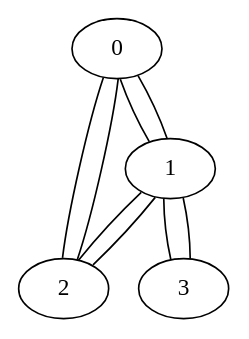
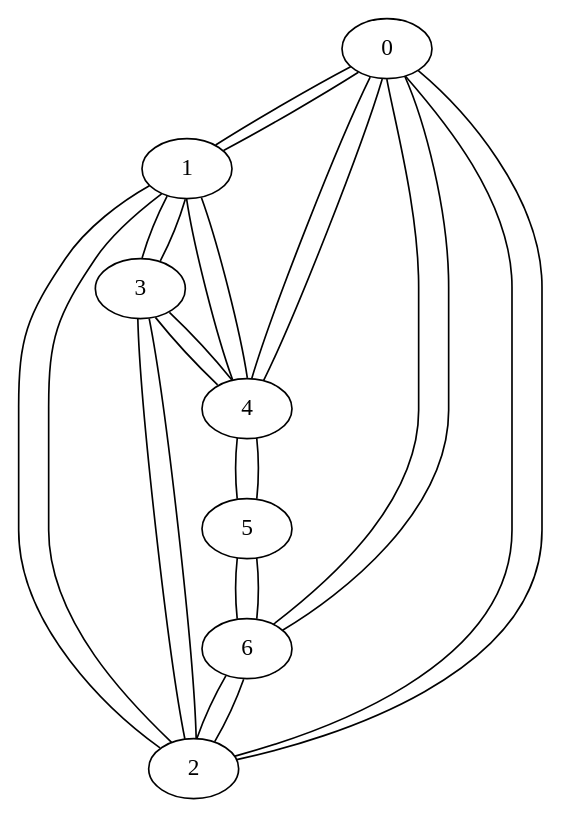
One commit to AnastasiiaSky/SimpleNavigator-v1.0 changed the diagram in src/output.dot. Above: the diagram before and after it, drawn with Graphviz. The commit also changed 40 other files, not shown here.

```diff
--- a/src/output.dot
+++ b/src/output.dot
@@ -1,10 +1,26 @@
 graph G {
   0 -- 1;
   0 -- 2;
+  0 -- 4;
+  0 -- 6;
   1 -- 0;
   1 -- 2;
   1 -- 3;
+  1 -- 4;
   2 -- 0;
   2 -- 1;
+  2 -- 3;
+  2 -- 6;
   3 -- 1;
+  3 -- 2;
+  3 -- 4;
+  4 -- 0;
+  4 -- 1;
+  4 -- 3;
+  4 -- 5;
+  5 -- 4;
+  5 -- 6;
+  6 -- 0;
+  6 -- 2;
+  6 -- 5;
 }
```
